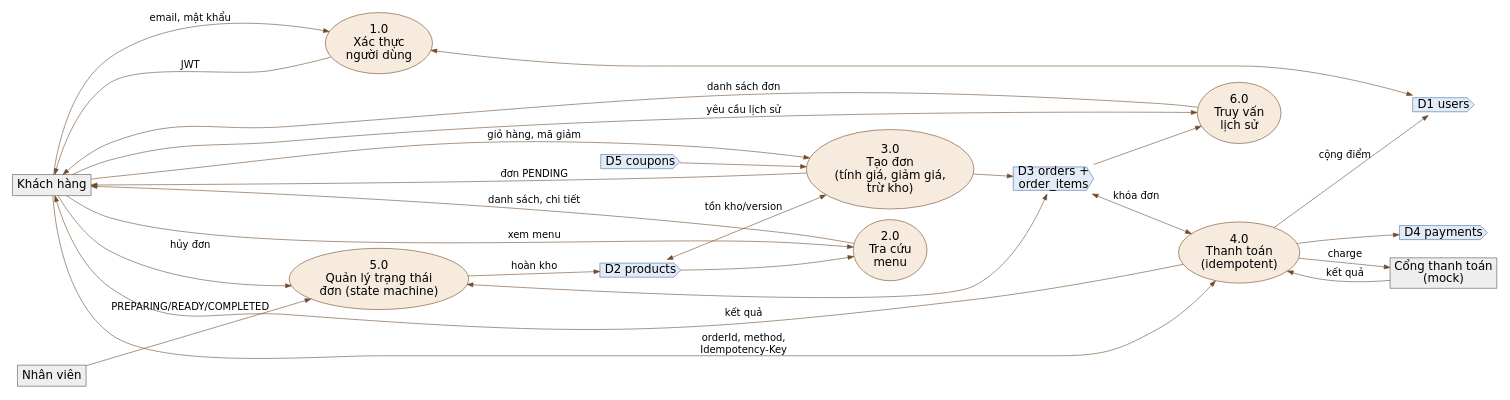
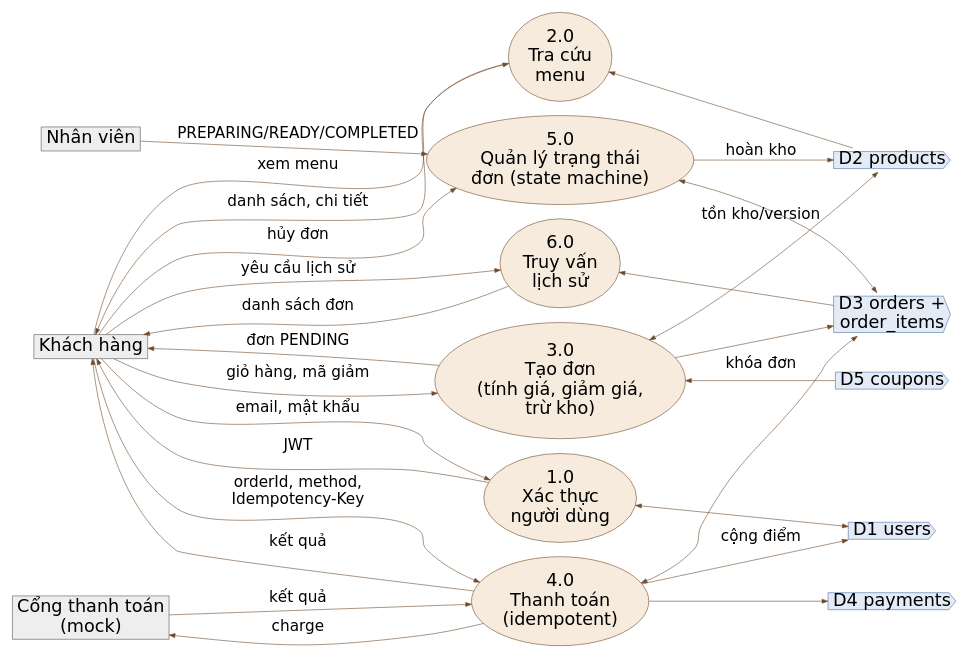
Before and after one commit to kaiqwwp/brewlite: the diagram in report/diagrams/dfd1.dot, drawn with Graphviz. The commit also changed 45 other files, not shown here.

First line of the commit message:
Docs: diagrams portrait, fill report info, centered cover

```diff
--- a/report/diagrams/dfd1.dot
+++ b/report/diagrams/dfd1.dot
@@ -1,14 +1,17 @@
-digraph DFD1 { graph [fontname="DejaVu Sans" fontsize=22 pad=0.2]; node [fontname="DejaVu Sans" fontsize=20]; edge [fontname="DejaVu Sans" fontsize=17 color="#6f4a2b"]; rankdir=LR; nodesep=0.25; ranksep=0.9;
+digraph DFD1 { graph [fontname="DejaVu Sans" fontsize=30 pad=0.2]; node [fontname="DejaVu Sans" fontsize=30]; edge [fontname="DejaVu Sans" fontsize=26 color="#6f4a2b"]; rankdir=LR; nodesep=0.35; ranksep=0.35; newrank=true;
  node [shape=box style=filled fillcolor="#eeeeee" color="#555555"];
  KH [label="Khách hàng"]; NV [label="Nhân viên"]; GW [label="Cổng thanh toán\n(mock)"];
  node [shape=ellipse style=filled fillcolor="#f6ebdd" color="#6f4a2b"];
  p1 [label="1.0\nXác thực\nngười dùng"]; p2 [label="2.0\nTra cứu\nmenu"]; p3 [label="3.0\nTạo đơn\n(tính giá, giảm giá,\ntrừ kho)"]; p4 [label="4.0\nThanh toán\n(idempotent)"]; p5 [label="5.0\nQuản lý trạng thái\nđơn (state machine)"]; p6 [label="6.0\nTruy vấn\nlịch sử"];
  node [shape=cds style=filled fillcolor="#e3ecf6" color="#4a6fa5"];
  d1 [label="D1 users"]; d2 [label="D2 products"]; d3 [label="D3 orders +\norder_items"]; d4 [label="D4 payments"]; d5 [label="D5 coupons"];
+ {rank=min; KH; NV; GW}
+ {rank=same; p1;p2;p3;p4;p5;p6}
+ {rank=max; d1;d2;d3;d4;d5}
  KH -> p1 [label="email, mật khẩu"]; p1 -> KH [label="JWT"]; p1 -> d1 [dir=both];
  KH -> p2 [label="xem menu"]; p2 -> KH [label="danh sách, chi tiết"]; d2 -> p2;
  KH -> p3 [label="giỏ hàng, mã giảm"]; p3 -> KH [label="đơn PENDING"]; d2 -> p3 [dir=both label="tồn kho/version"]; d5 -> p3; p3 -> d3;
  KH -> p4 [label="orderId, method,\nIdempotency-Key"]; p4 -> GW [label="charge"]; GW -> p4 [label="kết quả"]; d3 -> p4 [dir=both label="khóa đơn"]; p4 -> d4; p4 -> d1 [label="cộng điểm"]; p4 -> KH [label="kết quả"];
  KH -> p5 [label="hủy đơn"]; NV -> p5 [label="PREPARING/READY/COMPLETED"]; p5 -> d3 [dir=both]; p5 -> d2 [label="hoàn kho"];
  KH -> p6 [label="yêu cầu lịch sử"]; d3 -> p6; p6 -> KH [label="danh sách đơn"];
 }
```
